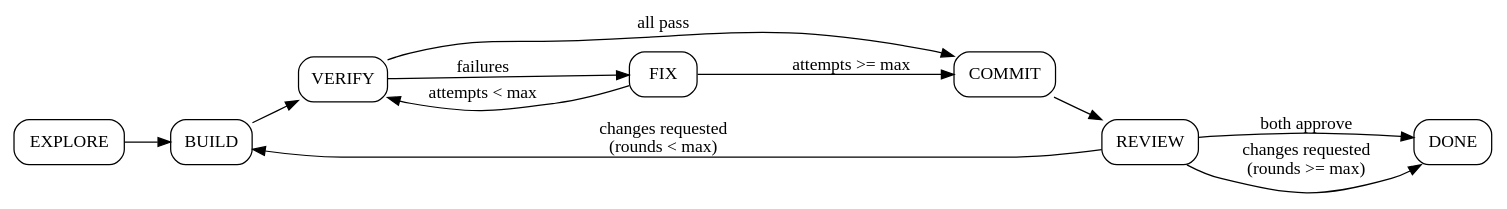
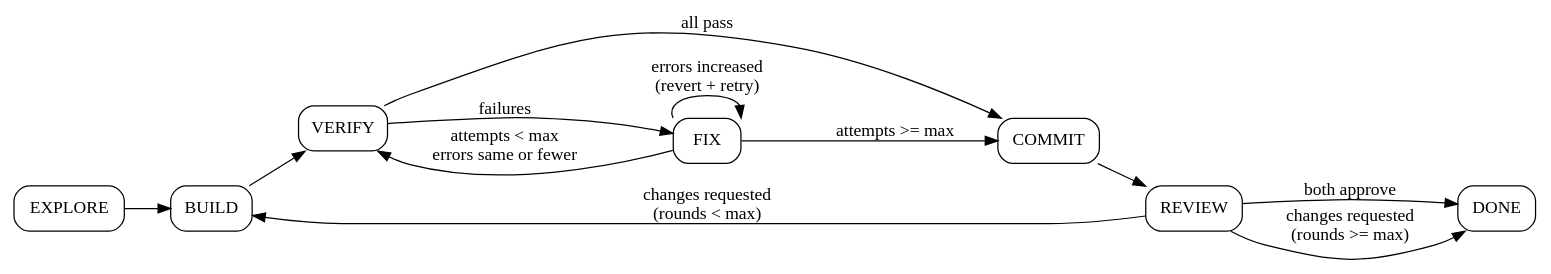
The diagram in autopilot/skills/phase-runner/SKILL.md (bostondv/bdvstack), drawn with Graphviz before and after one commit. The commit also changed other lines of this file and 7 other files, not shown here.

````diff
--- a/autopilot/skills/phase-runner/SKILL.md
+++ b/autopilot/skills/phase-runner/SKILL.md
@@ -438,17 +558,18 @@
 ```dot
 digraph phases {
     rankdir=LR;
     node [shape=box, style=rounded];
 
     EXPLORE -> BUILD;
     BUILD -> VERIFY;
     VERIFY -> COMMIT [label="all pass"];
     VERIFY -> FIX [label="failures"];
-    FIX -> VERIFY [label="attempts < max"];
+    FIX -> VERIFY [label="attempts < max\nerrors same or fewer"];
+    FIX -> FIX [label="errors increased\n(revert + retry)"];
     FIX -> COMMIT [label="attempts >= max"];
     COMMIT -> REVIEW;
     REVIEW -> DONE [label="both approve"];
     REVIEW -> BUILD [label="changes requested\n(rounds < max)"];
     REVIEW -> DONE [label="changes requested\n(rounds >= max)"];
 }
 ```
````
